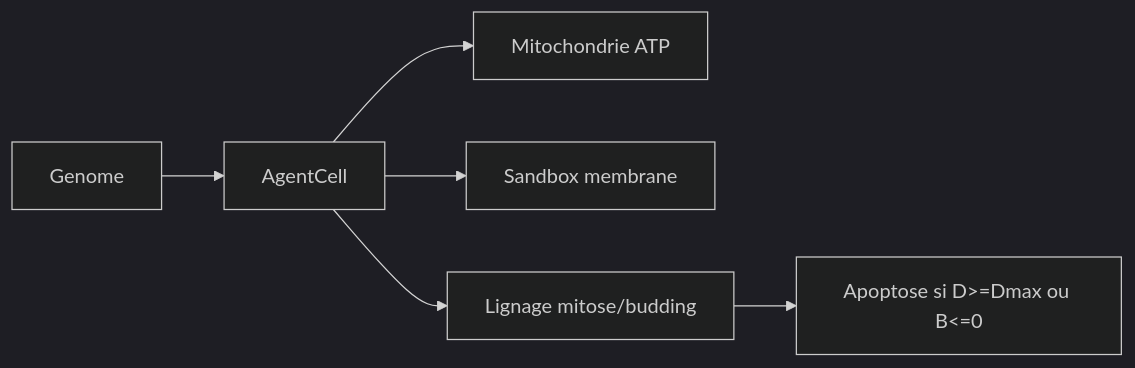
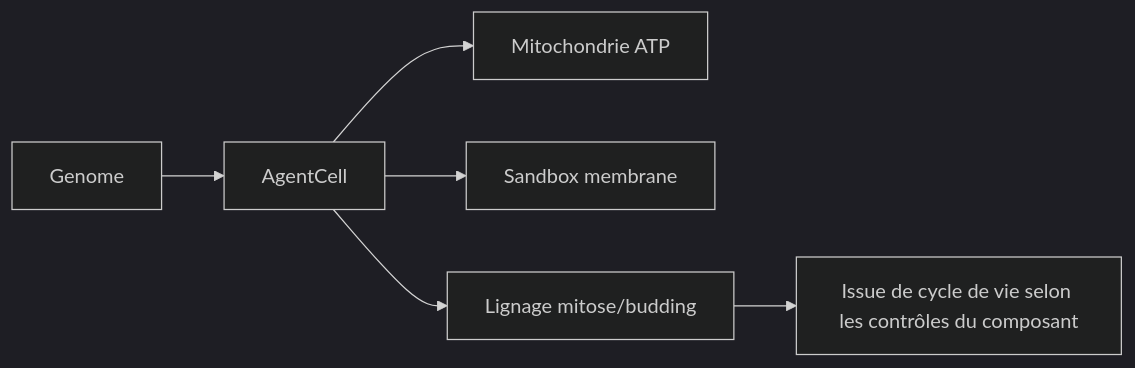
The diagram in docs/01-concepts/biologie-computationnelle.md (PISSARAW/GenOS), drawn with Mermaid (dark theme) before and after one commit. The commit also changed other lines of this file and 3 other files, not shown here.

````diff
--- a/docs/01-concepts/biologie-computationnelle.md
+++ b/docs/01-concepts/biologie-computationnelle.md
@@ -36,8 +42,8 @@
 ```mermaid
 flowchart LR
     G[Genome] --> C[AgentCell]
     C --> M[Mitochondrie ATP]
     C --> S[Sandbox membrane]
     C --> L[Lignage mitose/budding]
-    L --> A[Apoptose si D>=Dmax ou B<=0]
+    L --> A[Issue de cycle de vie selon les contrôles du composant]
 ```
````
